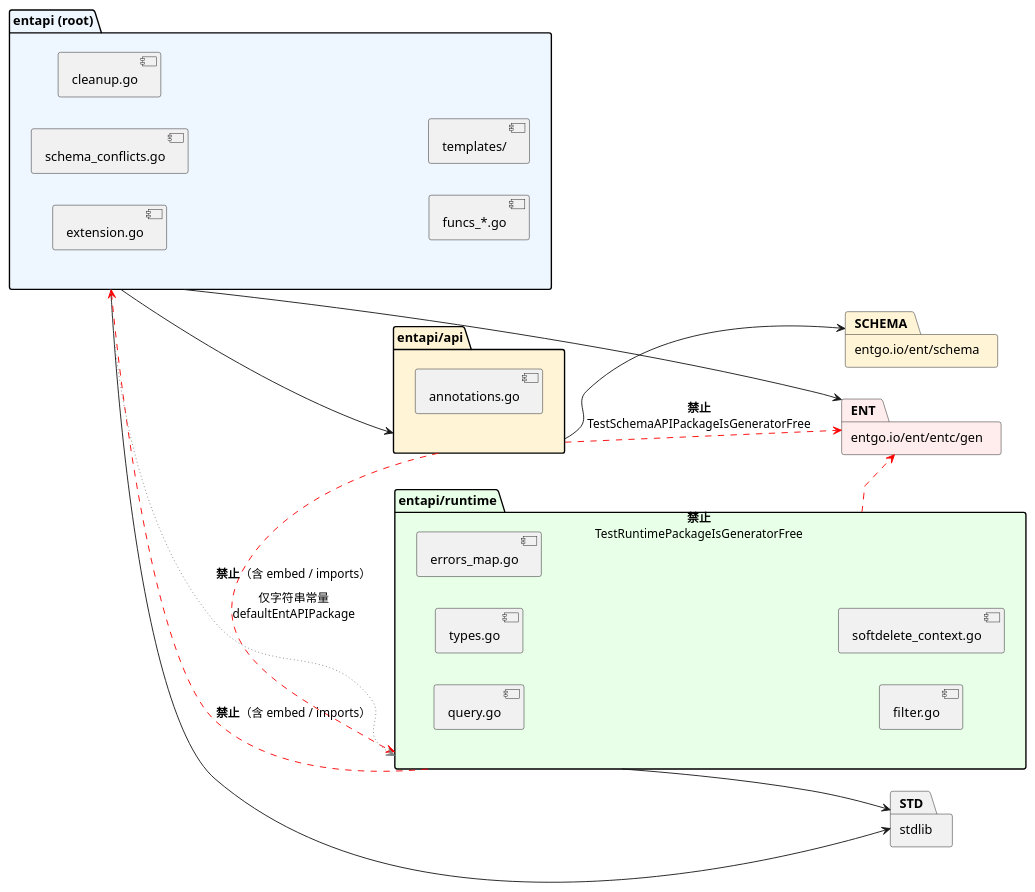
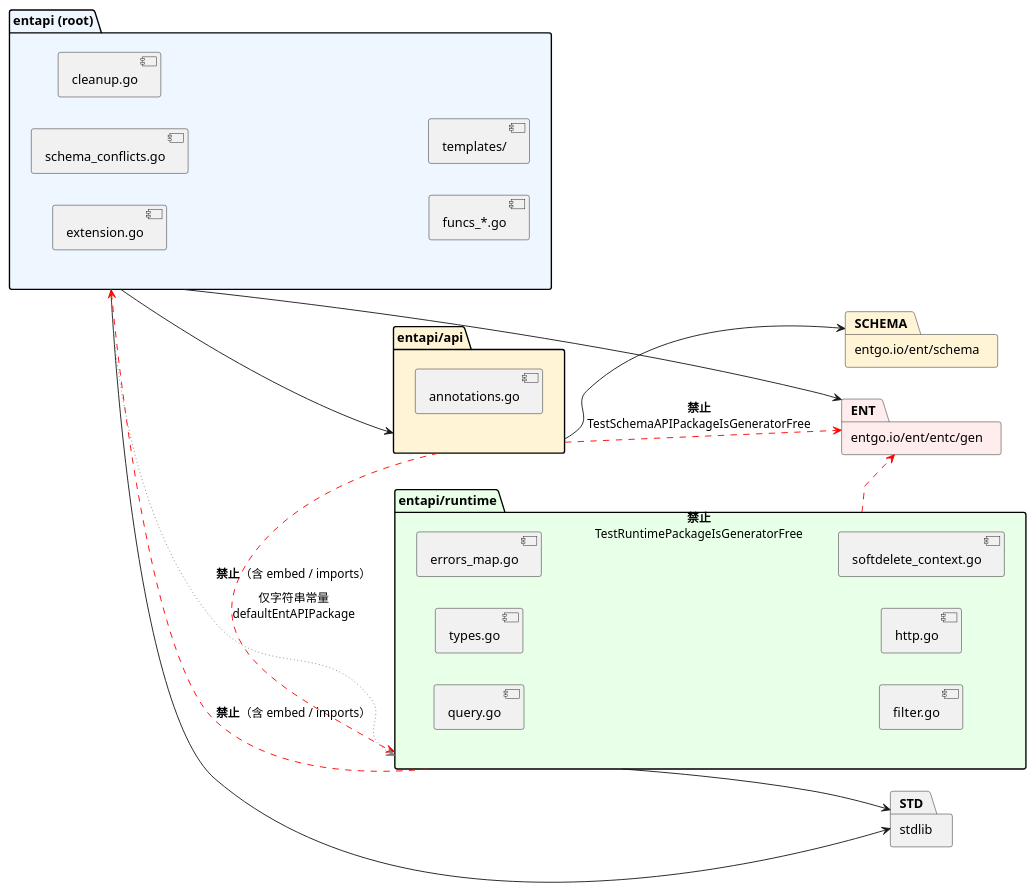
Before and after one commit to githonllc/entapi: the second of 5 diagrams in docs/ARCHITECTURE.md, drawn with PlantUML. The commit also changed other lines of this file and 98 other files, not shown here.

````diff
--- a/docs/ARCHITECTURE.md
+++ b/docs/ARCHITECTURE.md
@@ -111,38 +111,39 @@
 ```plantuml
 @startuml
 skinparam shadowing false
 left to right direction
 
 package "entapi (root)" as ROOT #EEF6FF {
   [extension.go]
   [schema_conflicts.go]
   [cleanup.go]
   component "funcs_*.go" as FN
   component "templates/" as TP
 }
 package "entapi/api" as API #FFF4D6 {
   [annotations.go]
 }
 package "entapi/runtime" as RT #E8FFE8 {
   [query.go]
   [types.go]
   [errors_map.go]
   [filter.go]
+  [http.go]
   [softdelete_context.go]
 }
 package "entgo.io/ent/entc/gen" as ENT #FFECEC
 package "entgo.io/ent/schema" as SCHEMA #FFF4D6
 package "stdlib" as STD
 
 ROOT --> ENT
 ROOT --> API
 ROOT --> STD
 API --> SCHEMA
 RT --> STD
 API -[#red,dashed]-> ENT : **禁止**\nTestSchemaAPIPackageIsGeneratorFree
 API -[#red,dashed]-> RT : **禁止**（含 embed / imports）
 RT -[#red,dashed]-> ENT : **禁止**\nTestRuntimePackageIsGeneratorFree
 RT -[#red,dashed]-> ROOT : **禁止**（含 embed / imports）
 ROOT -[#gray,dotted]-> RT : 仅字符串常量\ndefaultEntAPIPackage
 @enduml
 ```
````
